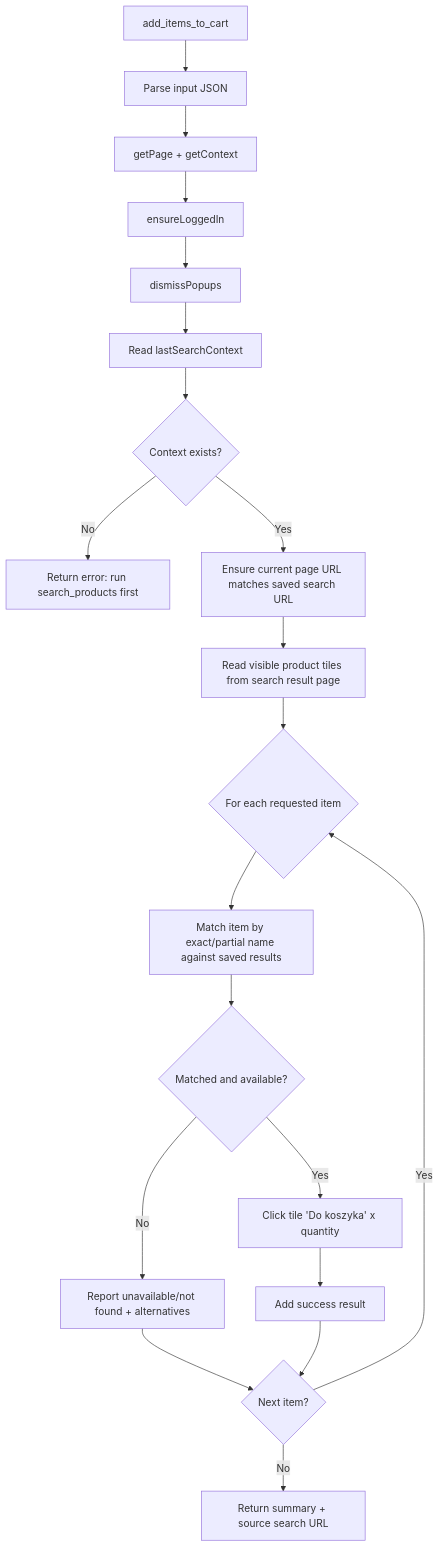
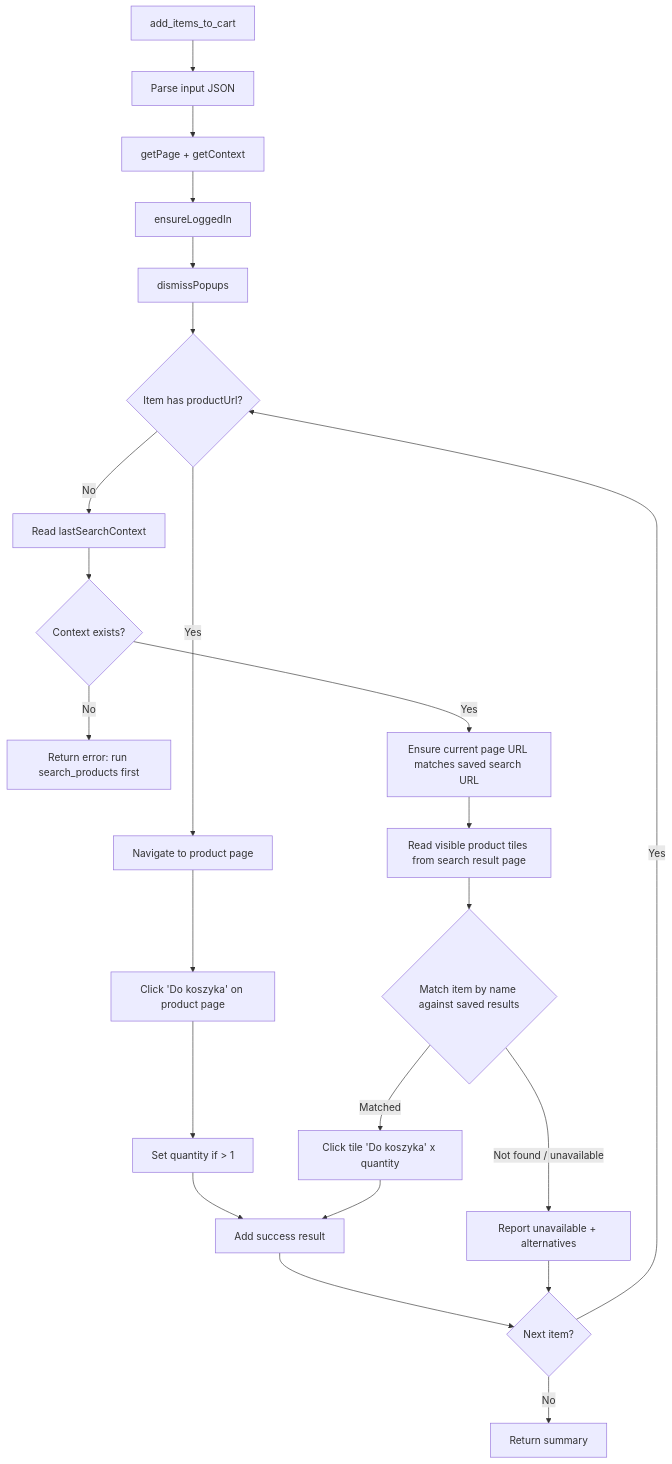
The third of 4 diagrams in docs/DIAGRAMS.md (mkidawa/frisco-mcp), drawn with Mermaid before and after one commit. The commit also changed other lines of this file and 1 other file, not shown here.

````diff
--- a/docs/DIAGRAMS.md
+++ b/docs/DIAGRAMS.md
@@ -79,22 +79,25 @@
 ```mermaid
 flowchart TD
     A[add_items_to_cart] --> B[Parse input JSON]
     B --> C[getPage + getContext]
     C --> D[ensureLoggedIn]
     D --> E[dismissPopups]
-    E --> F[Read lastSearchContext]
-    F --> G{Context exists?}
-    G -- No --> H[Return error: run search_products first]
-    G -- Yes --> I[Ensure current page URL matches saved search URL]
-    I --> J[Read visible product tiles from search result page]
-    J --> K{For each requested item}
-    K --> L[Match item by exact/partial name against saved results]
-    L --> M{Matched and available?}
-    M -- No --> N[Report unavailable/not found + alternatives]
-    M -- Yes --> O[Click tile 'Do koszyka' x quantity]
-    O --> P[Add success result]
-    N --> Q{Next item?}
-    P --> Q
-    Q -- Yes --> K
-    Q -- No --> R[Return summary + source search URL]
+    E --> F{Item has productUrl?}
+    F -- Yes --> G[Navigate to product page]
+    G --> H[Click 'Do koszyka' on product page]
+    H --> I[Set quantity if > 1]
+    I --> P[Add success result]
+    F -- No --> J[Read lastSearchContext]
+    J --> K{Context exists?}
+    K -- No --> L[Return error: run search_products first]
+    K -- Yes --> M[Ensure current page URL matches saved search URL]
+    M --> N[Read visible product tiles from search result page]
+    N --> O{Match item by name against saved results}
+    O -- Not found / unavailable --> Q[Report unavailable + alternatives]
+    O -- Matched --> R[Click tile 'Do koszyka' x quantity]
+    R --> P
+    P --> S{Next item?}
+    Q --> S
+    S -- Yes --> F
+    S -- No --> T[Return summary]
 ```
````
